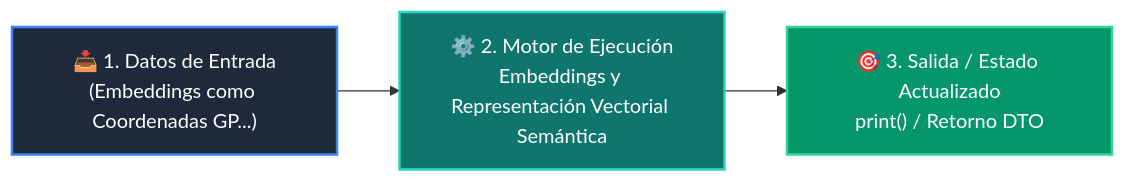
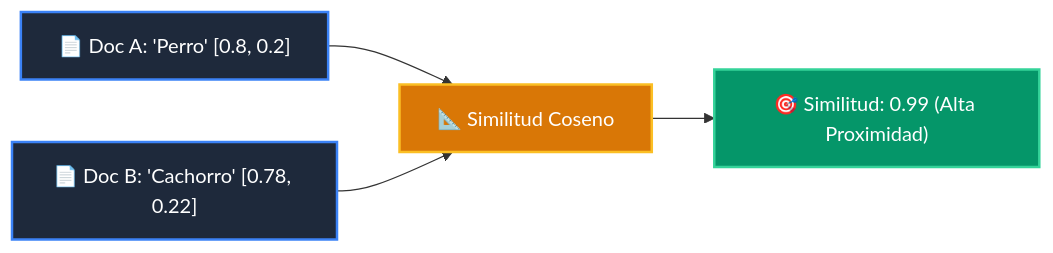
Before and after one commit to wisrovi/wisrovi-python: the diagram in docs/curso-03/clase-05.md, drawn with Mermaid. The commit also changed other lines of this file and 52 other files, not shown here.

````diff
--- a/docs/curso-03/clase-05.md
+++ b/docs/curso-03/clase-05.md
@@ -38,9 +37,10 @@
 ```mermaid
 flowchart LR
-    IN["📥 1. Datos de Entrada<br/>(Embeddings como Coordenadas GP...)"] --> ENG["⚙️ 2. Motor de Ejecución<br/>Embeddings y Representación Vectorial Semántica"]
-    ENG --> OUT["🎯 3. Salida / Estado Actualizado<br/>print() / Retorno DTO"]
-
-    style IN fill:#1e293b,color:#ffffff,stroke:#3b82f6,stroke-width:2px
-    style ENG fill:#0f766e,color:#ffffff,stroke:#2dd4bf,stroke-width:2px
-    style OUT fill:#059669,color:#ffffff,stroke:#34d399,stroke-width:2px
+    A["📄 Doc A: 'Perro' [0.8, 0.2]"] --> B["📐 Similitud Coseno"]
+    C["📄 Doc B: 'Cachorro' [0.78, 0.22]"] --> B
+    B --> D["🎯 Similitud: 0.99 (Alta Proximidad)"]
+    style A fill:#1e293b,color:#ffffff,stroke:#3b82f6,stroke-width:2px
+    style C fill:#1e293b,color:#ffffff,stroke:#3b82f6,stroke-width:2px
+    style B fill:#d97706,color:#ffffff,stroke:#fbbf24,stroke-width:2px
+    style D fill:#059669,color:#ffffff,stroke:#34d399,stroke-width:2px
 ```
````
